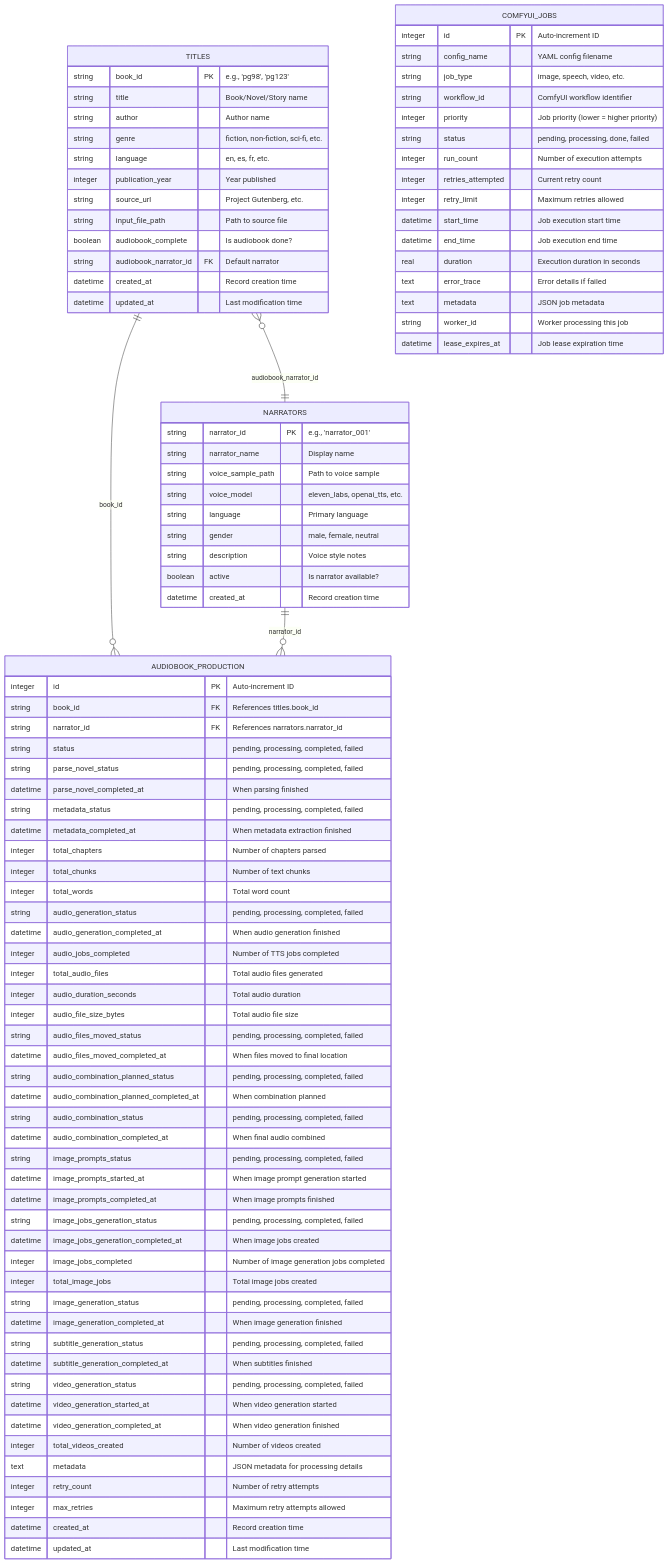
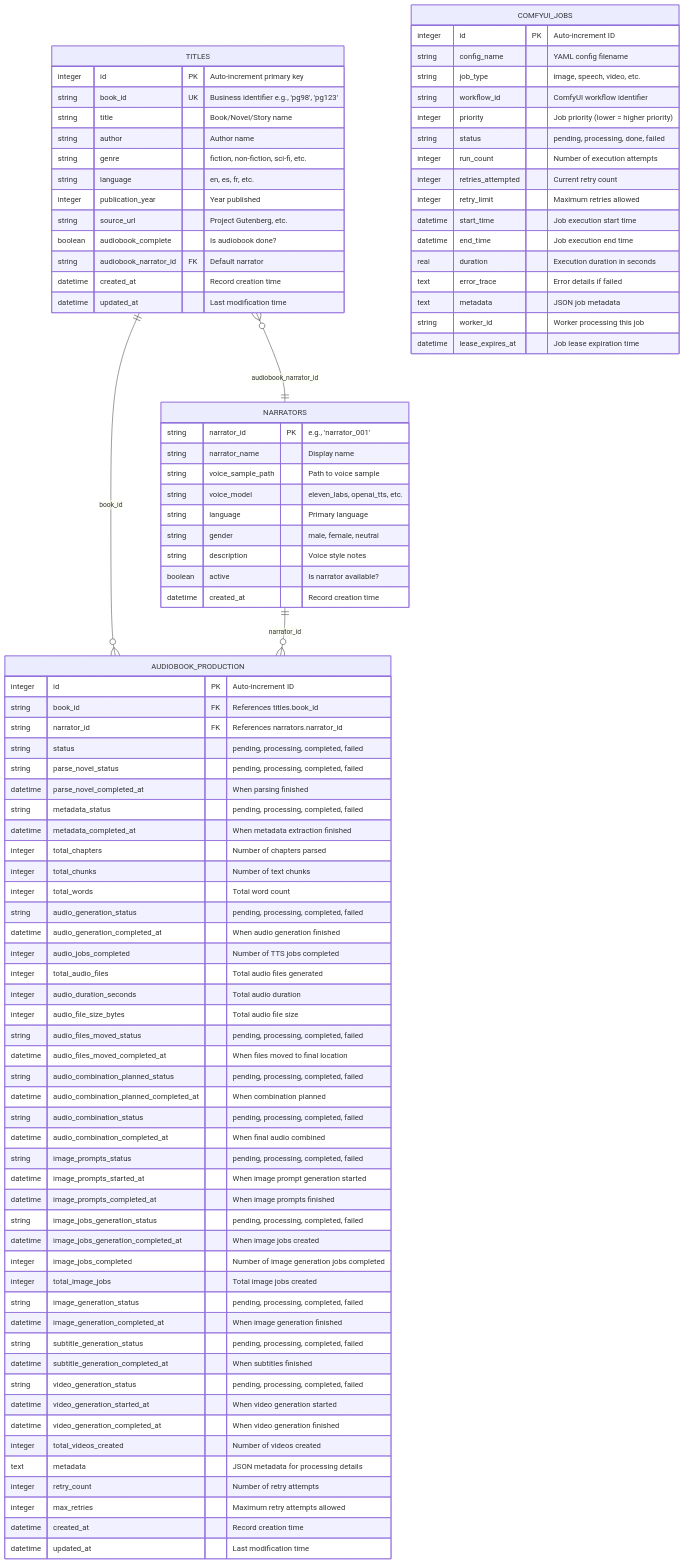
The diagram in docs/ARCHITECTURE.md (vishnusurya11/E3), drawn with Mermaid before and after one commit. The commit also changed 23 other files, not shown here.

````diff
--- a/docs/ARCHITECTURE.md
+++ b/docs/ARCHITECTURE.md
@@ -24,14 +24,14 @@
 ```mermaid
 erDiagram
     TITLES {
-        string book_id PK "e.g., 'pg98', 'pg123'"
+        integer id PK "Auto-increment primary key"
+        string book_id UK "Business identifier e.g., 'pg98', 'pg123'"
         string title "Book/Novel/Story name"
         string author "Author name"
         string genre "fiction, non-fiction, sci-fi, etc."
         string language "en, es, fr, etc."
         integer publication_year "Year published"
         string source_url "Project Gutenberg, etc."
-        string input_file_path "Path to source file"
         boolean audiobook_complete "Is audiobook done?"
         string audiobook_narrator_id FK "Default narrator"
         datetime created_at "Record creation time"
````
